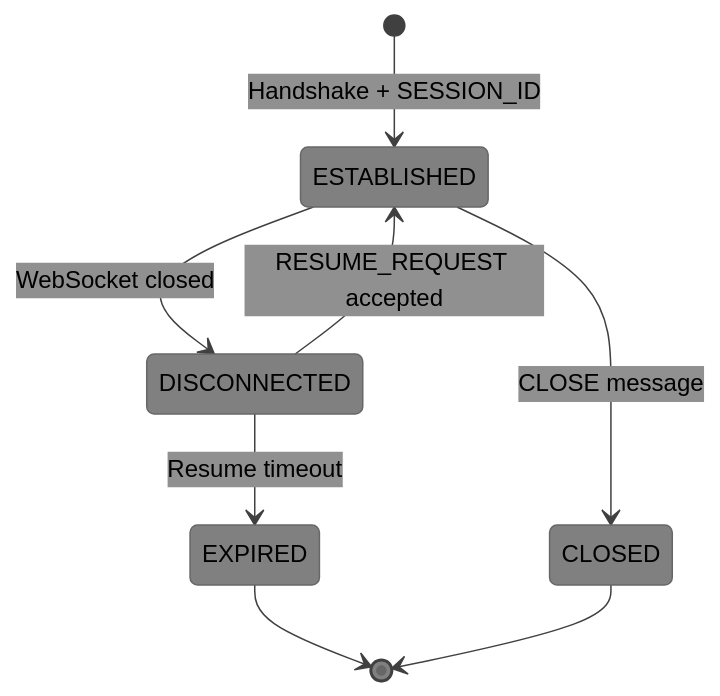
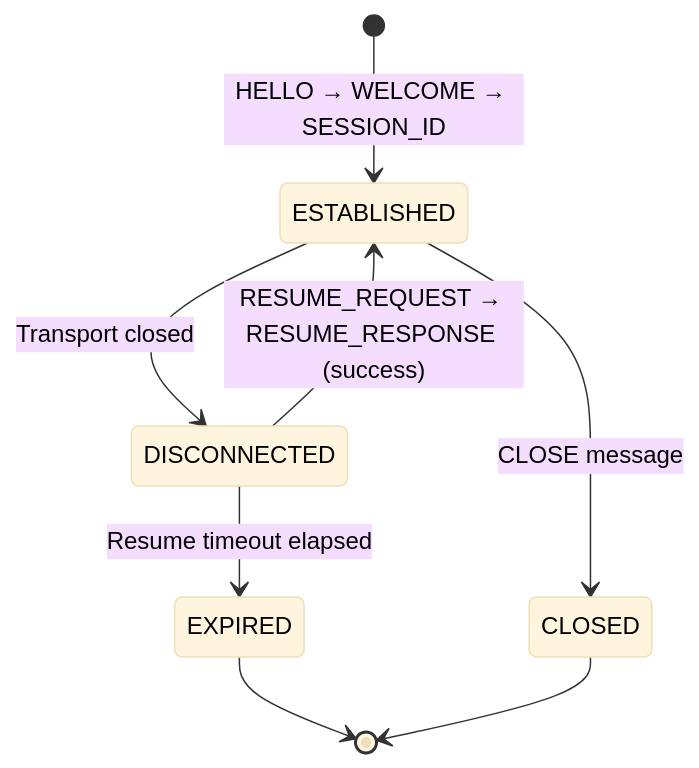
Before and after one commit to deftai/xumux: the first of 2 diagrams in docs/ext-session-resume.md, drawn with Mermaid. The commit also changed other lines of this file and 6 other files, not shown here.

````diff
--- a/docs/ext-session-resume.md
+++ b/docs/ext-session-resume.md
@@ -98,11 +115,11 @@
 ```mermaid
-%%{init: {'theme': 'base', 'themeVariables': {'primaryTextColor': '#000000', 'secondaryTextColor': '#000000', 'tertiaryTextColor': '#000000', 'primaryColor': '#808080', 'secondaryColor': '#909090', 'tertiaryColor': '#707070', 'stateLabelColor': '#000000', 'compositeBackground': '#a0a0a0', 'lineColor': '#404040'}}}%%
+%%{init: {'theme': 'base', 'themeVariables': {'primaryTextColor': '#000', 'lineColor': '#333'}}}%%
 stateDiagram-v2
-    [*] --> ESTABLISHED: Handshake + SESSION_ID
-    ESTABLISHED --> DISCONNECTED: WebSocket closed
-    DISCONNECTED --> ESTABLISHED: RESUME_REQUEST accepted
-    DISCONNECTED --> EXPIRED: Resume timeout
+    [*] --> ESTABLISHED: HELLO → WELCOME → SESSION_ID
+    ESTABLISHED --> DISCONNECTED: Transport closed
+    DISCONNECTED --> ESTABLISHED: RESUME_REQUEST → RESUME_RESPONSE (success)
+    DISCONNECTED --> EXPIRED: Resume timeout elapsed
     ESTABLISHED --> CLOSED: CLOSE message
     EXPIRED --> [*]
     CLOSED --> [*]
 ```
````
